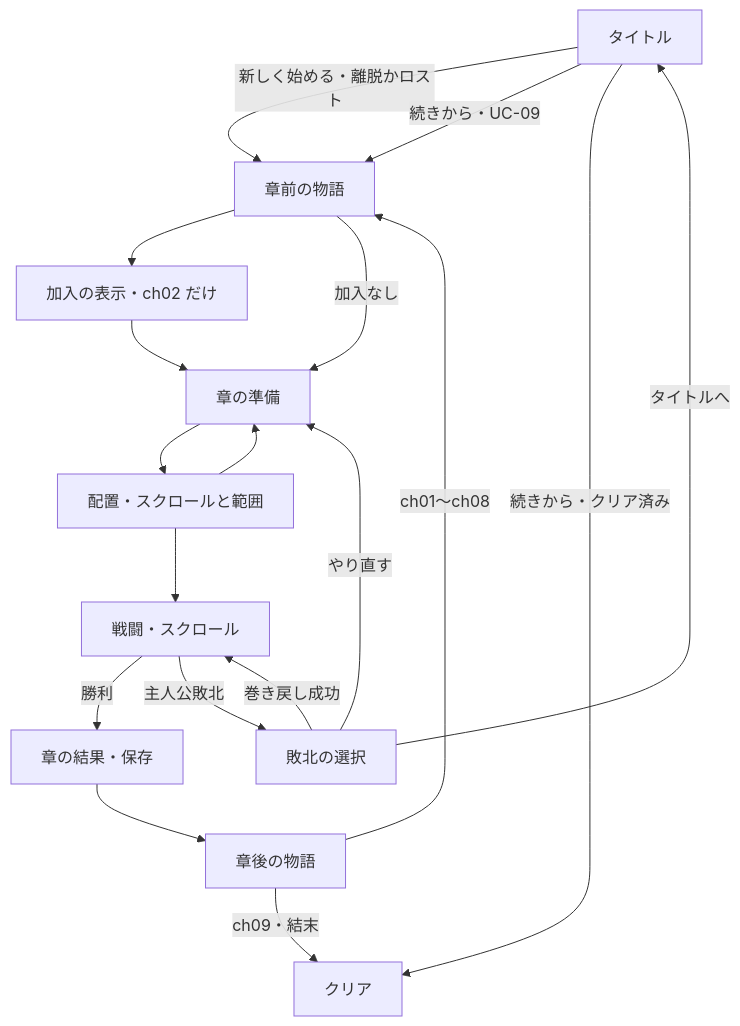
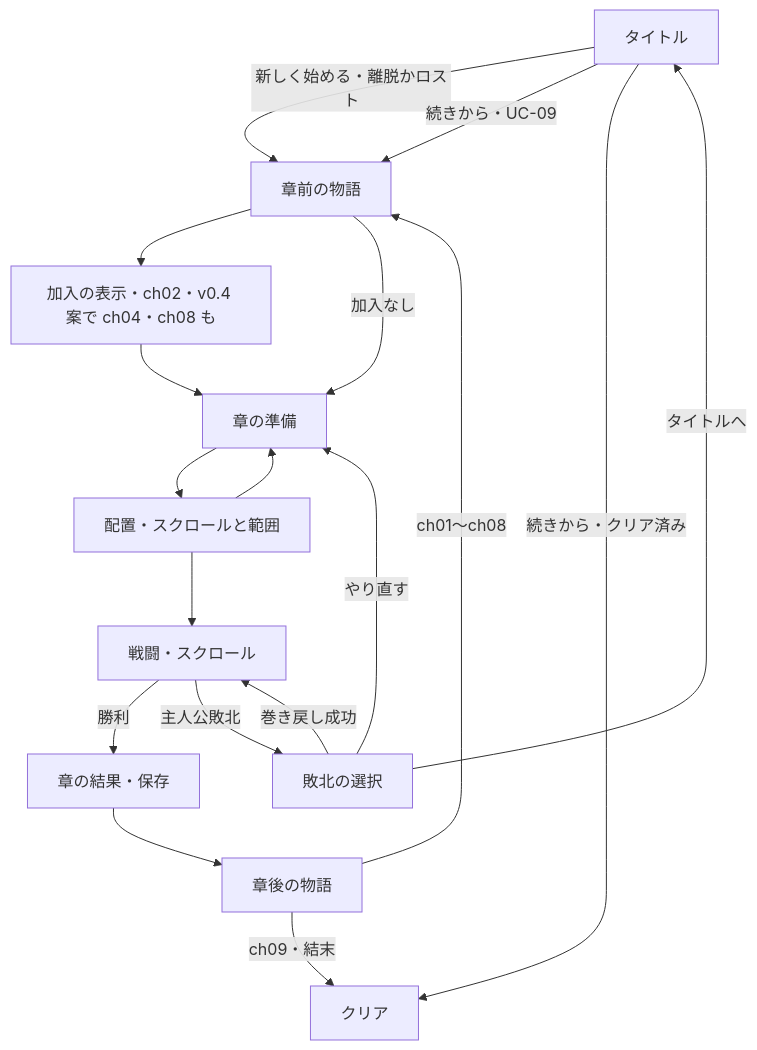
The second of 2 diagrams in docs/03_design/design-it05.md (sakana396/renkin_tactics), drawn with Mermaid before and after one commit. The commit also changed other lines of this file and 6 other files, not shown here.

````diff
--- a/docs/03_design/design-it05.md
+++ b/docs/03_design/design-it05.md
@@ -180,20 +243,20 @@
 ```mermaid
 flowchart TD
   Title[タイトル] -->|新しく始める・離脱かロスト| Story
   Title -->|続きから・UC-09| Story
   Title -->|続きから・クリア済み| Clear
-  Story[章前の物語] --> Joined[加入の表示・ch02 だけ]
+  Story[章前の物語] --> Joined[加入の表示・ch02・v0.4 案で ch04・ch08 も]
   Joined --> Prepare[章の準備]
   Story -->|加入なし| Prepare
   Prepare --> Deploy[配置・スクロールと範囲]
   Deploy --> Prepare
   Deploy --> Fight[戦闘・スクロール]
   Fight -->|勝利| Result[章の結果・保存]
   Result --> After[章後の物語]
   After -->|ch01〜ch08| Story
   After -->|ch09・結末| Clear[クリア]
   Fight -->|主人公敗北| Defeat[敗北の選択]
   Defeat -->|やり直す| Prepare
   Defeat -->|巻き戻し成功| Fight
   Defeat -->|タイトルへ| Title
 ```
````
